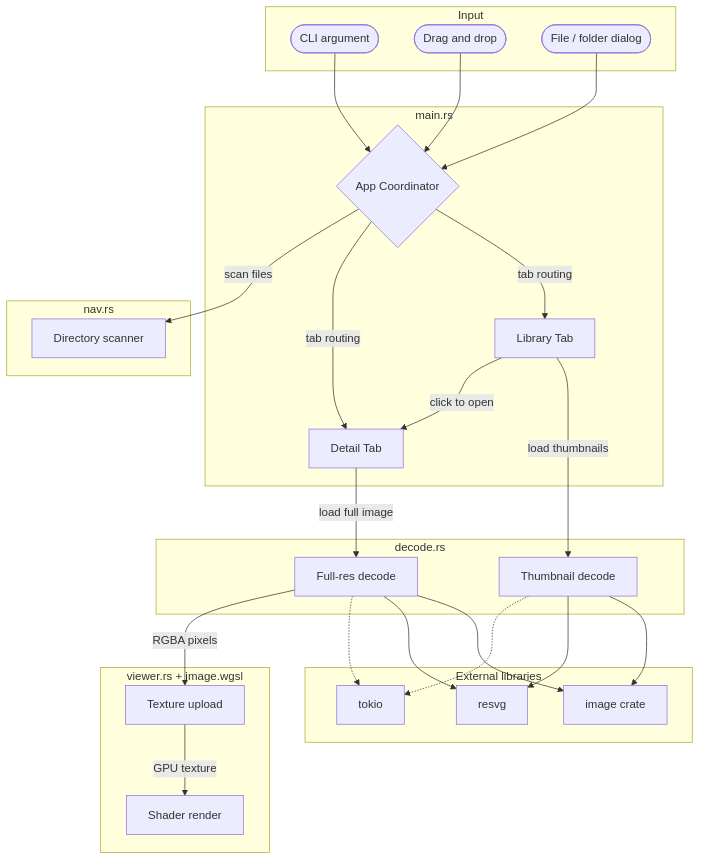
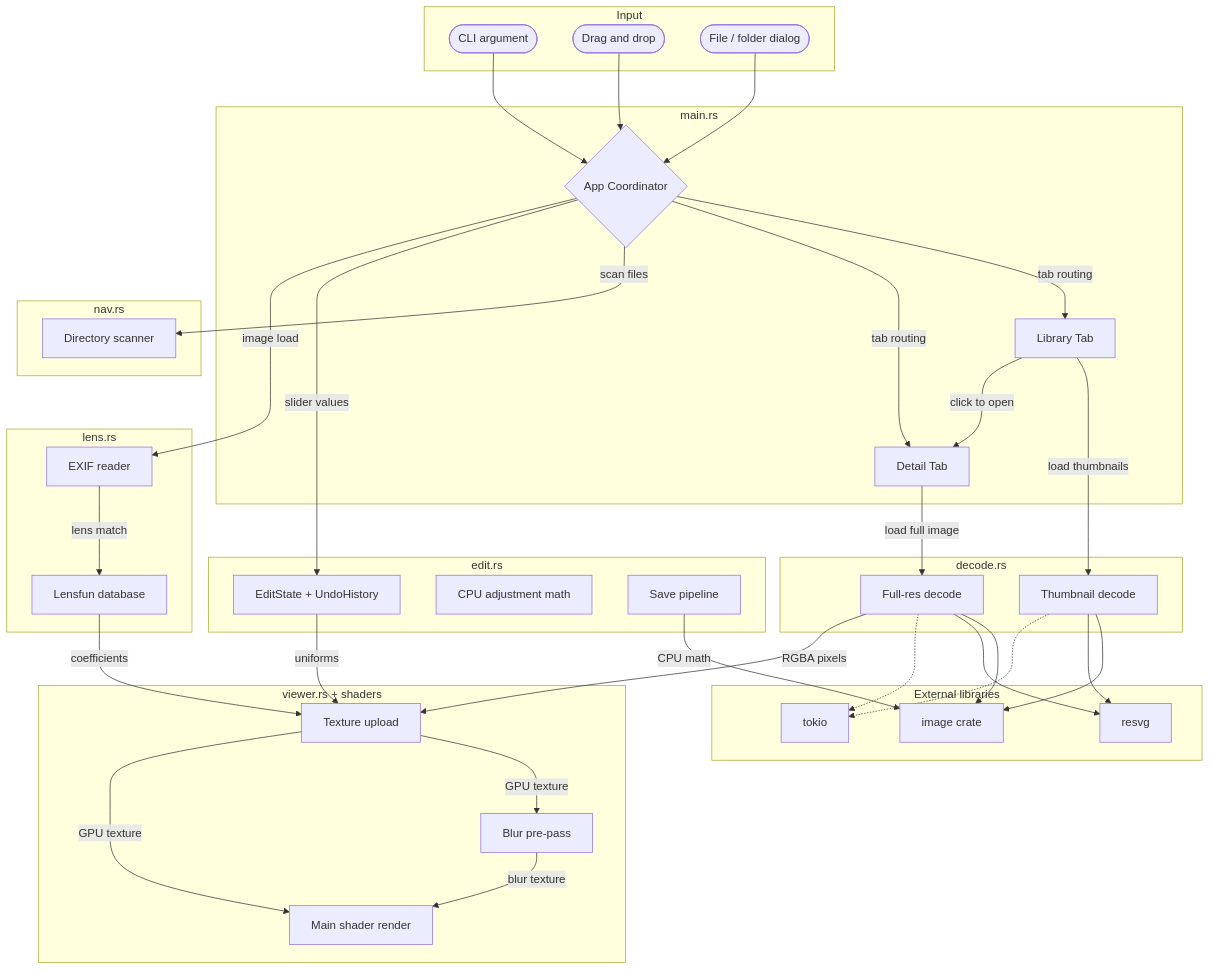
Before and after one commit to yanfengliu/photo: the diagram in docs/ARCHITECTURE.md, drawn with Mermaid. The commit also changed other lines of this file and 1 other file, not shown here.

First line of the commit message:
docs: update architecture and devlog for image editing feature

````diff
--- a/docs/ARCHITECTURE.md
+++ b/docs/ARCHITECTURE.md
@@ -99,56 +124,77 @@
 ```mermaid
 flowchart TD
     subgraph Input
         CLI([CLI argument])
         Drop([Drag and drop])
         Picker([File / folder dialog])
     end
 
     subgraph UI[main.rs]
         App{App Coordinator}
         Library[Library Tab]
         Detail[Detail Tab]
     end
 
     subgraph Decode[decode.rs]
         Full[Full-res decode]
         Thumb[Thumbnail decode]
     end
 
     subgraph Nav[nav.rs]
         DirNav[Directory scanner]
     end
 
-    subgraph GPU[viewer.rs + image.wgsl]
+    subgraph Edit[edit.rs]
+        EditState[EditState + UndoHistory]
+        CPUMath[CPU adjustment math]
+        Save[Save pipeline]
+    end
+
+    subgraph Lens[lens.rs]
+        LensDB[Lensfun database]
+        EXIF[EXIF reader]
+    end
+
+    subgraph GPU[viewer.rs + shaders]
         Prepare[Texture upload]
-        Render[Shader render]
+        Blur[Blur pre-pass]
+        Render[Main shader render]
     end
 
     subgraph Ext[External libraries]
         ImageCrate[image crate]
         Resvg[resvg]
         Tokio[tokio]
     end
 
     CLI --> App
     Drop --> App
     Picker --> App
 
     App -->|tab routing| Library
     App -->|tab routing| Detail
     App -->|scan files| DirNav
 
     Library -->|load thumbnails| Thumb
     Detail -->|load full image| Full
     Library -->|click to open| Detail
 
     Thumb --> ImageCrate
     Thumb --> Resvg
     Full --> ImageCrate
     Full --> Resvg
     Thumb -.-> Tokio
     Full -.-> Tokio
 
+    App -->|slider values| EditState
+    EditState -->|uniforms| Prepare
+    App -->|image load| EXIF
+    EXIF -->|lens match| LensDB
+    LensDB -->|coefficients| Prepare
+
     Full -->|RGBA pixels| Prepare
+    Prepare -->|GPU texture| Blur
+    Blur -->|blur texture| Render
     Prepare -->|GPU texture| Render
+    Save -->|CPU math| ImageCrate
 ```
````
